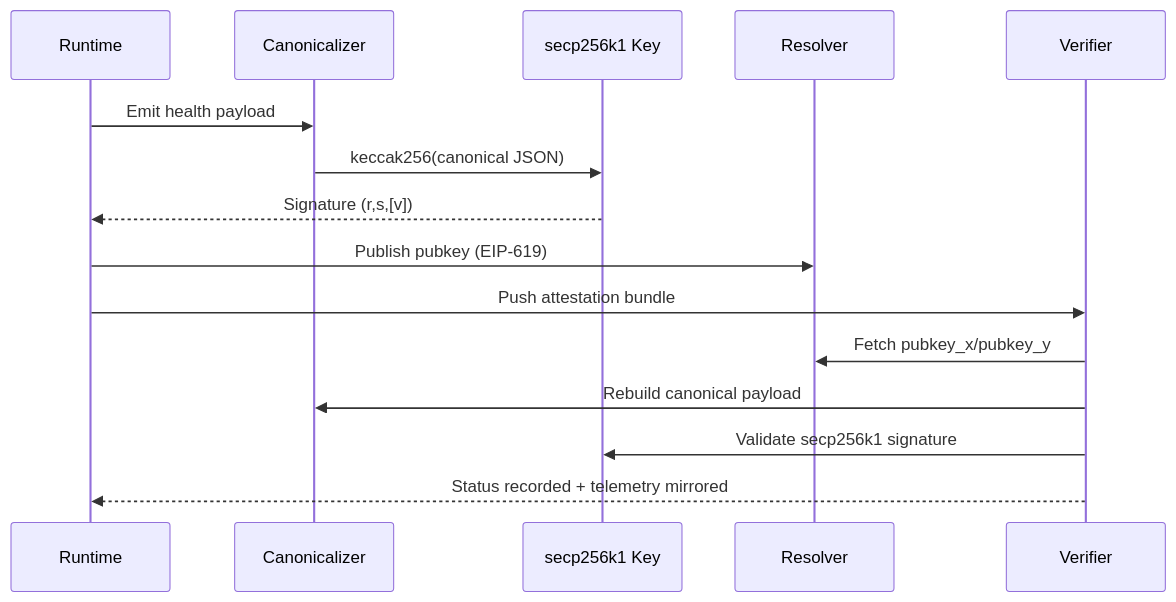
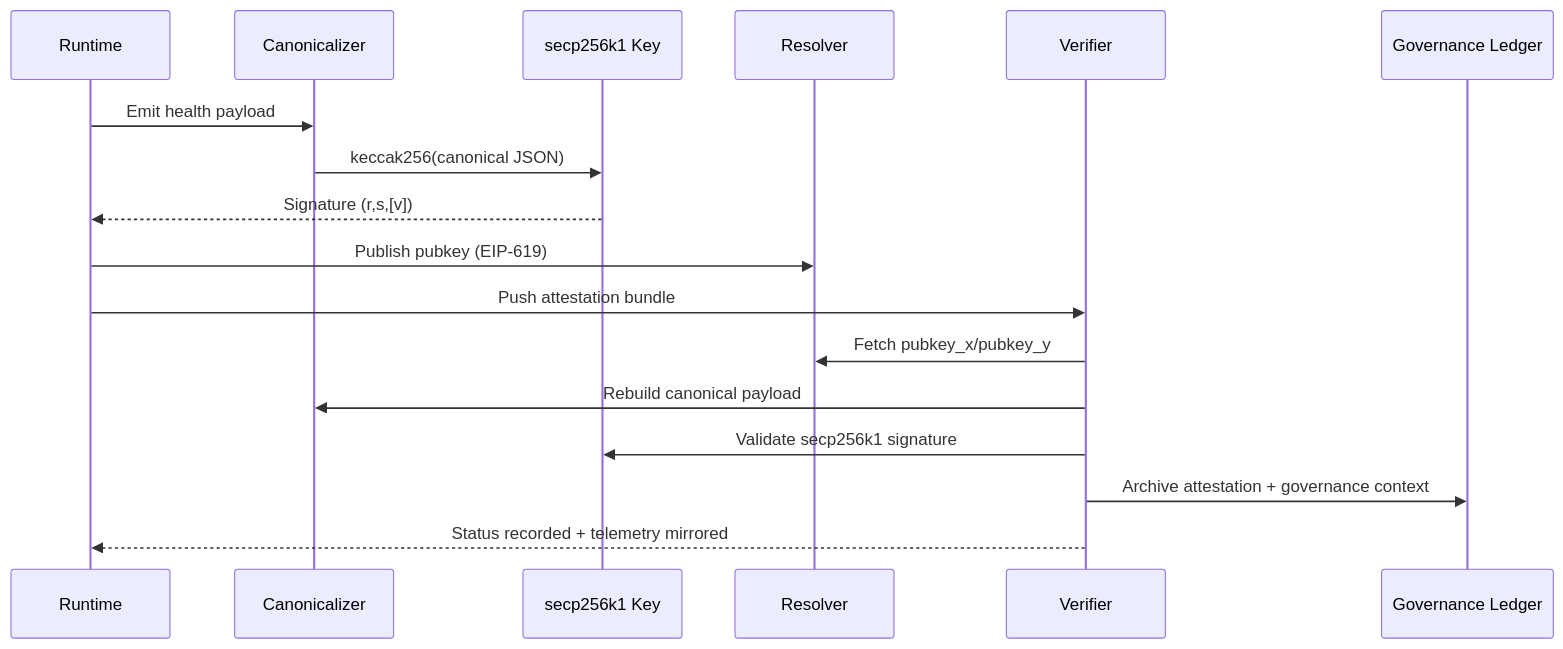
The fifth of 6 diagrams in docs/ens-identity-and-node-attestation-v0.0.1-alpha.md (MontrealAI/AGI-Alpha-Node-v0), drawn with Mermaid before and after one commit. The commit also changed other lines of this file, not shown here.

Commit message:
docs: expand ens attestation hyperspec governance controls

````diff
--- a/docs/ens-identity-and-node-attestation-v0.0.1-alpha.md
+++ b/docs/ens-identity-and-node-attestation-v0.0.1-alpha.md
@@ -358,18 +381,20 @@
 ```mermaid
 sequenceDiagram
   participant Runtime
   participant Canon as Canonicalizer
   participant Signer as secp256k1 Key
   participant Resolver
   participant Verifier
+  participant Ledger as Governance Ledger
 
   Runtime->>Canon: Emit health payload
   Canon->>Signer: keccak256(canonical JSON)
   Signer-->>Runtime: Signature (r,s,[v])
   Runtime->>Resolver: Publish pubkey (EIP-619)
   Runtime->>Verifier: Push attestation bundle
   Verifier->>Resolver: Fetch pubkey_x/pubkey_y
   Verifier->>Canon: Rebuild canonical payload
   Verifier->>Signer: Validate secp256k1 signature
+  Verifier->>Ledger: Archive attestation + governance context
   Verifier-->>Runtime: Status recorded + telemetry mirrored
 ```
````
